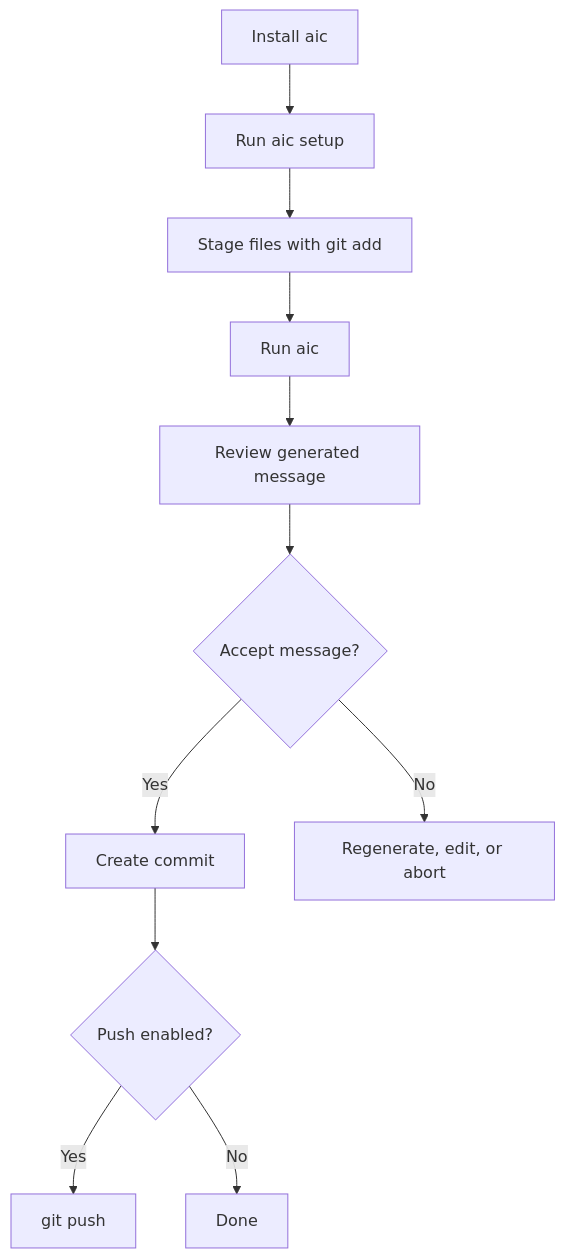
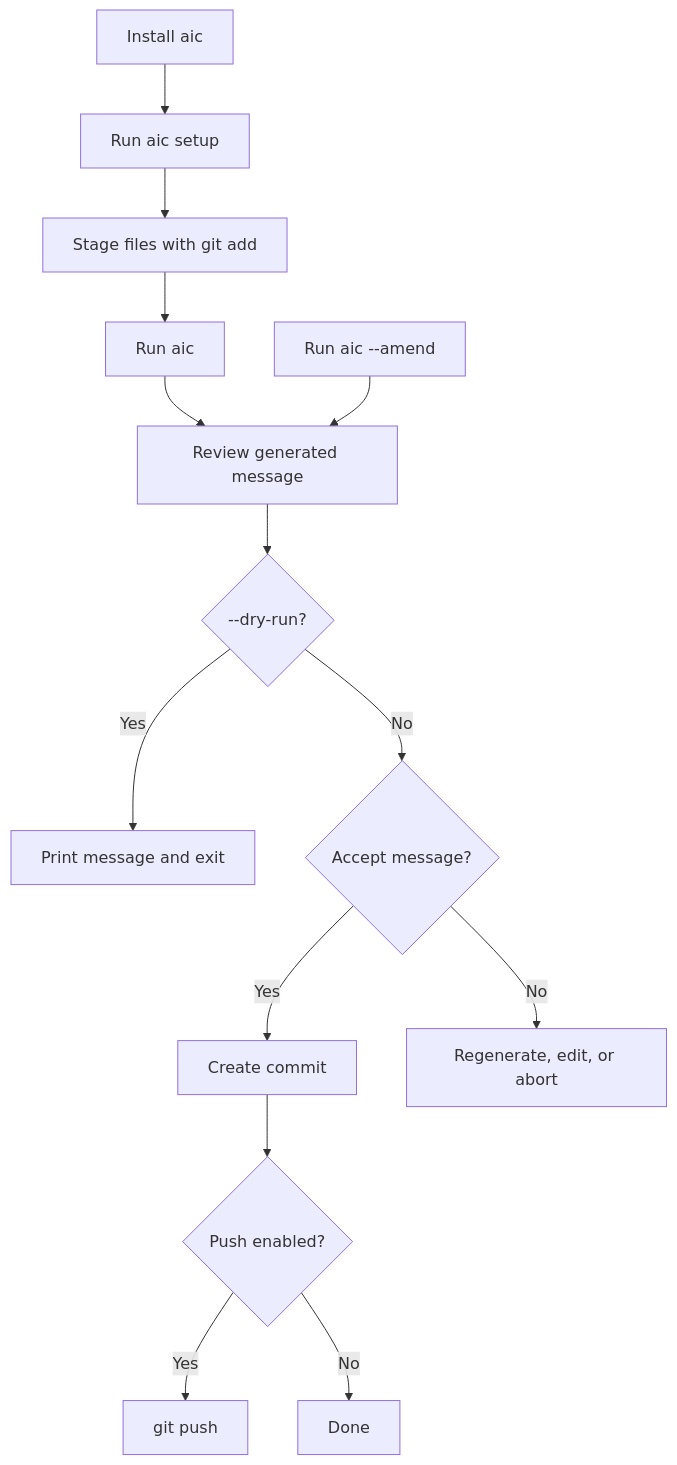
Before and after one commit to russmckendrick/aicommit: the diagram in docs/README.md, drawn with Mermaid. The commit also changed other lines of this file and 13 other files, not shown here.

First line of the commit message:
✨ feat(cli): add dry-run, amend, completions, and branch context

````diff
--- a/docs/README.md
+++ b/docs/README.md
@@ -19,13 +20,16 @@
 ```mermaid
 flowchart TD
     A["Install aic"] --> B["Run aic setup"]
     B --> C["Stage files with git add"]
     C --> D["Run aic"]
     D --> E["Review generated message"]
-    E --> F{"Accept message?"}
+    E --> DRY{"--dry-run?"}
+    DRY -->|Yes| PRINT["Print message and exit"]
+    DRY -->|No| F{"Accept message?"}
     F -->|Yes| G["Create commit"]
     F -->|No| H["Regenerate, edit, or abort"]
     G --> I{"Push enabled?"}
     I -->|Yes| J["git push"]
     I -->|No| K["Done"]
+    AMEND["Run aic --amend"] --> E
 ```
````
